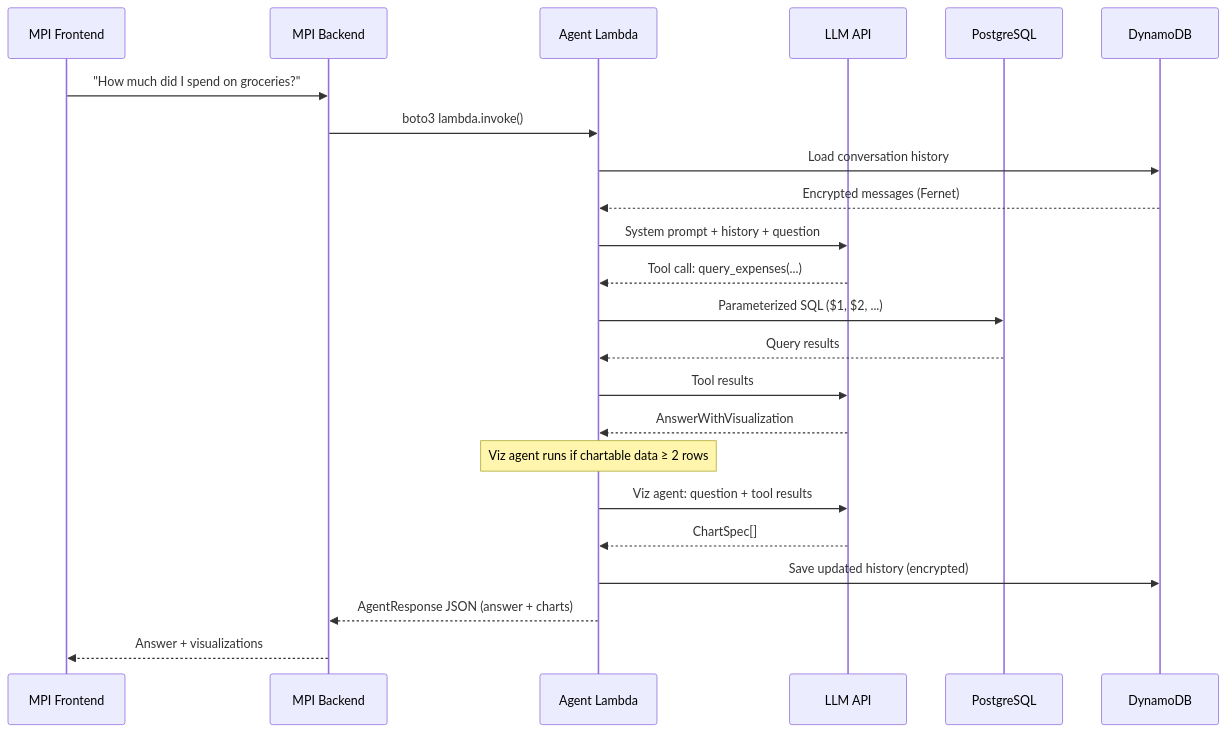
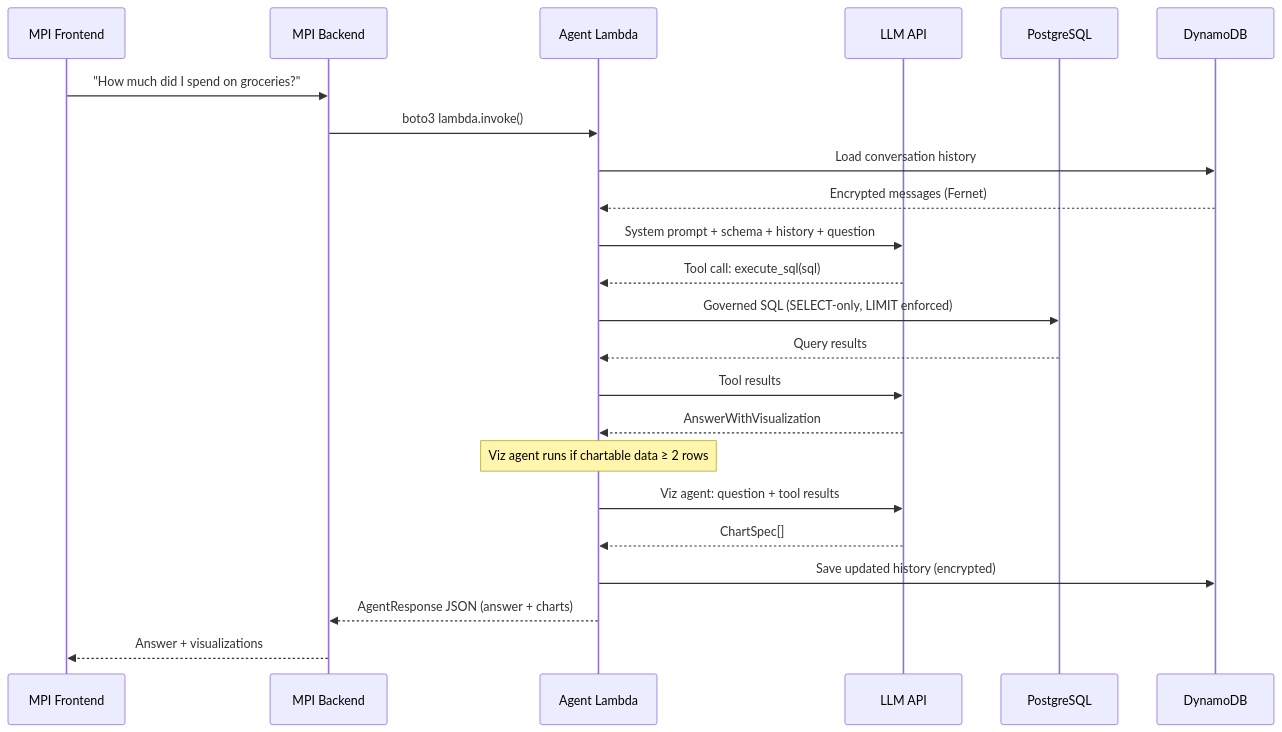
The second of 7 diagrams in README.md (maxibove13/finance-query-agent), drawn with Mermaid before and after one commit. The commit also changed other lines of this file and 1 other file, not shown here.

First line of the commit message:
docs: update README and spec for text-to-SQL architecture [MPI-209]

````diff
--- a/README.md
+++ b/README.md
@@ -47,32 +34,32 @@
 ```mermaid
 sequenceDiagram
     participant Client as MPI Frontend
     participant Backend as MPI Backend
     participant Lambda as Agent Lambda
     participant LLM as LLM API
     participant PG as PostgreSQL
     participant Dynamo as DynamoDB
 
     Client->>Backend: "How much did I spend on groceries?"
     Backend->>Lambda: boto3 lambda.invoke()
 
     Lambda->>Dynamo: Load conversation history
     Dynamo-->>Lambda: Encrypted messages (Fernet)
 
-    Lambda->>LLM: System prompt + history + question
-    LLM-->>Lambda: Tool call: query_expenses(...)
+    Lambda->>LLM: System prompt + schema + history + question
+    LLM-->>Lambda: Tool call: execute_sql(sql)
 
-    Lambda->>PG: Parameterized SQL ($1, $2, ...)
+    Lambda->>PG: Governed SQL (SELECT-only, LIMIT enforced)
     PG-->>Lambda: Query results
 
     Lambda->>LLM: Tool results
     LLM-->>Lambda: AnswerWithVisualization
 
     Note over Lambda: Viz agent runs if chartable data ≥ 2 rows
     Lambda->>LLM: Viz agent: question + tool results
     LLM-->>Lambda: ChartSpec[]
 
     Lambda->>Dynamo: Save updated history (encrypted)
     Lambda-->>Backend: AgentResponse JSON (answer + charts)
     Backend-->>Client: Answer + visualizations
 ```
````
